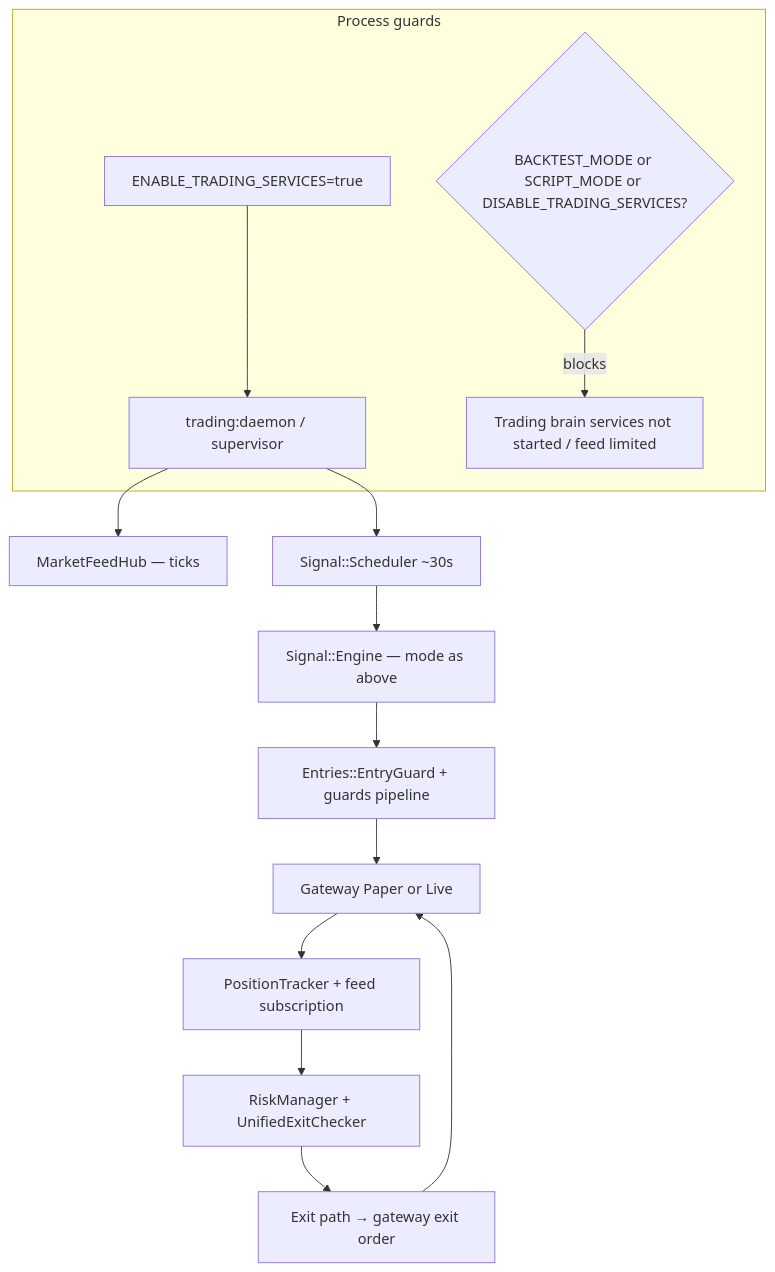
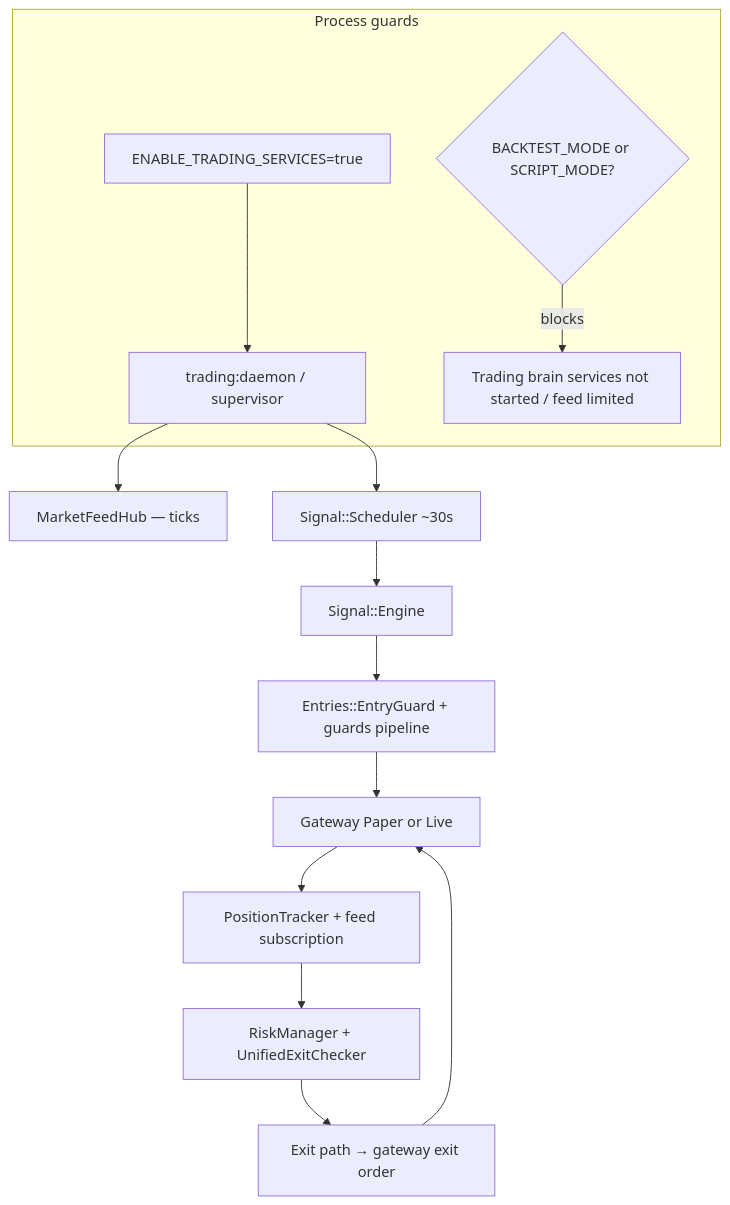
The fifth of 5 diagrams in docs/diagrams/trading-modes.md (shubhamtaywade82/algo_scalper_api), drawn with Mermaid before and after one commit. The commit also changed other lines of this file and 142 other files, not shown here.

````diff
--- a/docs/diagrams/trading-modes.md
+++ b/docs/diagrams/trading-modes.md
@@ -130,18 +126,18 @@
 ```mermaid
 flowchart TD
   subgraph guard [Process guards]
     E1[ENABLE_TRADING_SERVICES=true] --> D[trading:daemon / supervisor]
-    E2{BACKTEST_MODE or SCRIPT_MODE or DISABLE_TRADING_SERVICES?} -->|blocks| NOSTART[Trading brain services not started / feed limited]
+    E2{BACKTEST_MODE or SCRIPT_MODE?} -->|blocks| NOSTART[Trading brain services not started / feed limited]
   end
 
   D --> MF[MarketFeedHub — ticks]
   D --> SS[Signal::Scheduler ~30s]
-  SS --> SE[Signal::Engine — mode as above]
+  SS --> SE[Signal::Engine]
   SE --> EG[Entries::EntryGuard + guards pipeline]
   EG --> GW[Gateway Paper or Live]
   GW --> PT[PositionTracker + feed subscription]
 
   PT --> RM2[RiskManager + UnifiedExitChecker]
   RM2 --> EE[Exit path → gateway exit order]
   EE --> GW
 ```
````
